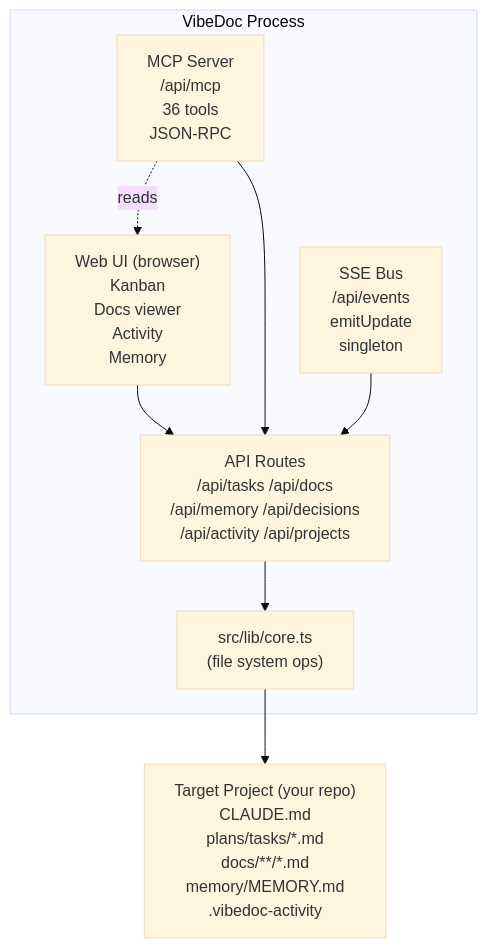
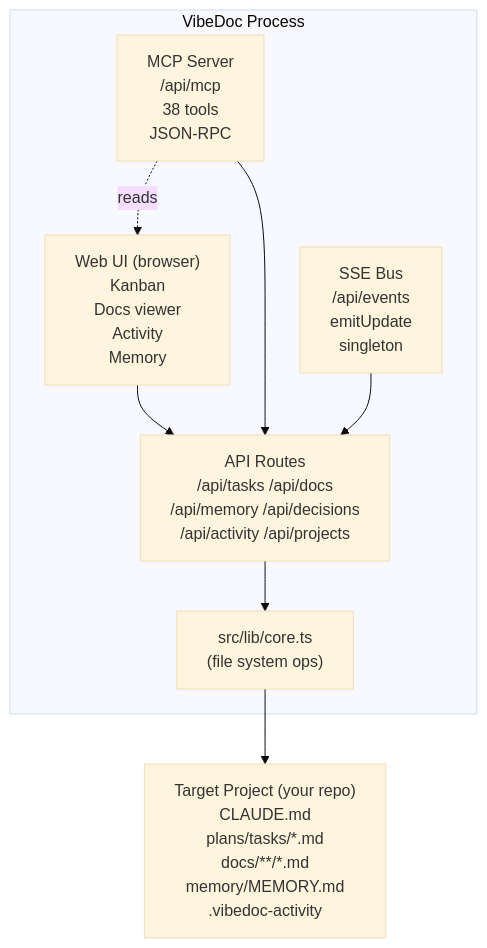
One commit to quanghoangf/vibedoc changed the diagram in docs/architecture/01-overview/DOMAIN_MAP.md. Above: the diagram before and after it, drawn with Mermaid (base theme). The commit also changed 8 other files, not shown here.

````diff
--- a/docs/architecture/01-overview/DOMAIN_MAP.md
+++ b/docs/architecture/01-overview/DOMAIN_MAP.md
@@ -6,22 +6,22 @@
 ```mermaid
 graph TB
     subgraph VibeDoc["VibeDoc Process"]
         WebUI["Web UI (browser)<br/>Kanban<br/>Docs viewer<br/>Activity<br/>Memory"]
-        MCP["MCP Server<br/>/api/mcp<br/>36 tools<br/>JSON-RPC"]
+        MCP["MCP Server<br/>/api/mcp<br/>38 tools<br/>JSON-RPC"]
         SSE["SSE Bus<br/>/api/events<br/>emitUpdate<br/>singleton"]
 
         API["API Routes<br/>/api/tasks /api/docs<br/>/api/memory /api/decisions<br/>/api/activity /api/projects"]
 
         Core["src/lib/core.ts<br/>(file system ops)"]
 
         MCP -.->|reads| WebUI
         WebUI --> API
         MCP --> API
         SSE --> API
         API --> Core
     end
 
     Project["Target Project (your repo)<br/>CLAUDE.md<br/>plans/tasks/*.md<br/>docs/**/*.md<br/>memory/MEMORY.md<br/>.vibedoc-activity"]
 
     Core --> Project
 ```
````
